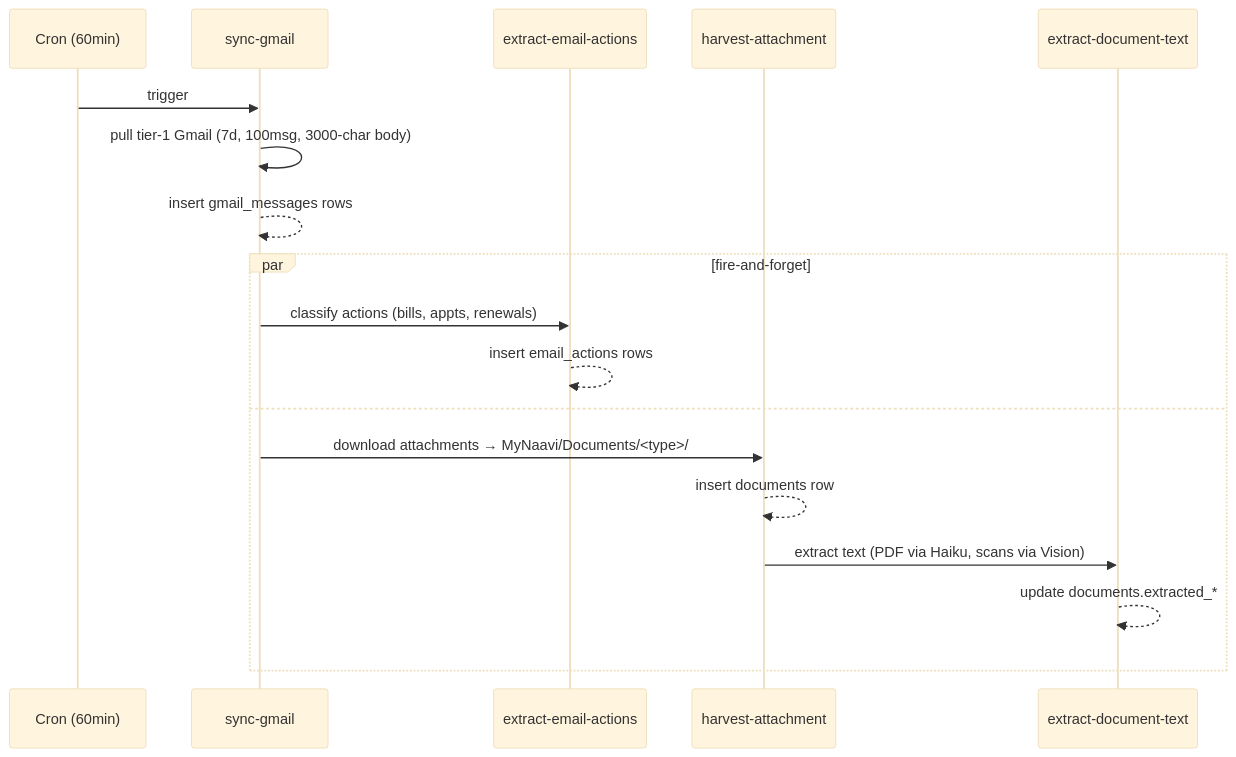
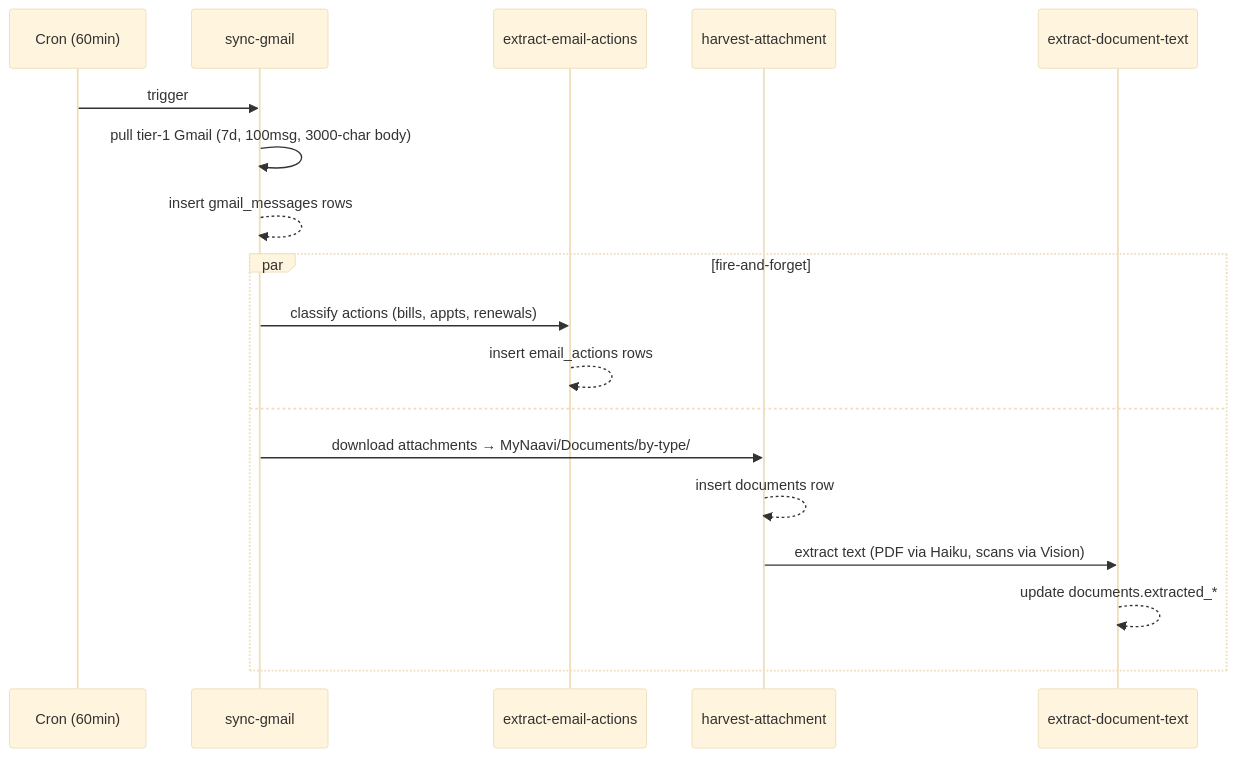
The tenth of 10 diagrams in docs/ARCHITECTURE_2026-05-13.md (munk2207/naavi-app), drawn with Mermaid (base theme) before and after one commit. The commit also changed other lines of this file and 1 other file, not shown here.

````diff
--- a/docs/ARCHITECTURE_2026-05-13.md
+++ b/docs/ARCHITECTURE_2026-05-13.md
@@ -661,21 +661,21 @@
 ```mermaid
 sequenceDiagram
   participant Cr as Cron (60min)
   participant SG as sync-gmail
   participant EE as extract-email-actions
   participant HA as harvest-attachment
   participant ED as extract-document-text
 
   Cr->>SG: trigger
   SG->>SG: pull tier-1 Gmail (7d, 100msg, 3000-char body)
   SG-->>SG: insert gmail_messages rows
   par fire-and-forget
     SG->>EE: classify actions (bills, appts, renewals)
     EE-->>EE: insert email_actions rows
   and
-    SG->>HA: download attachments → MyNaavi/Documents/<type>/
+    SG->>HA: download attachments → MyNaavi/Documents/by-type/
     HA-->>HA: insert documents row
     HA->>ED: extract text (PDF via Haiku, scans via Vision)
     ED-->>ED: update documents.extracted_*
   end
 ```
````
